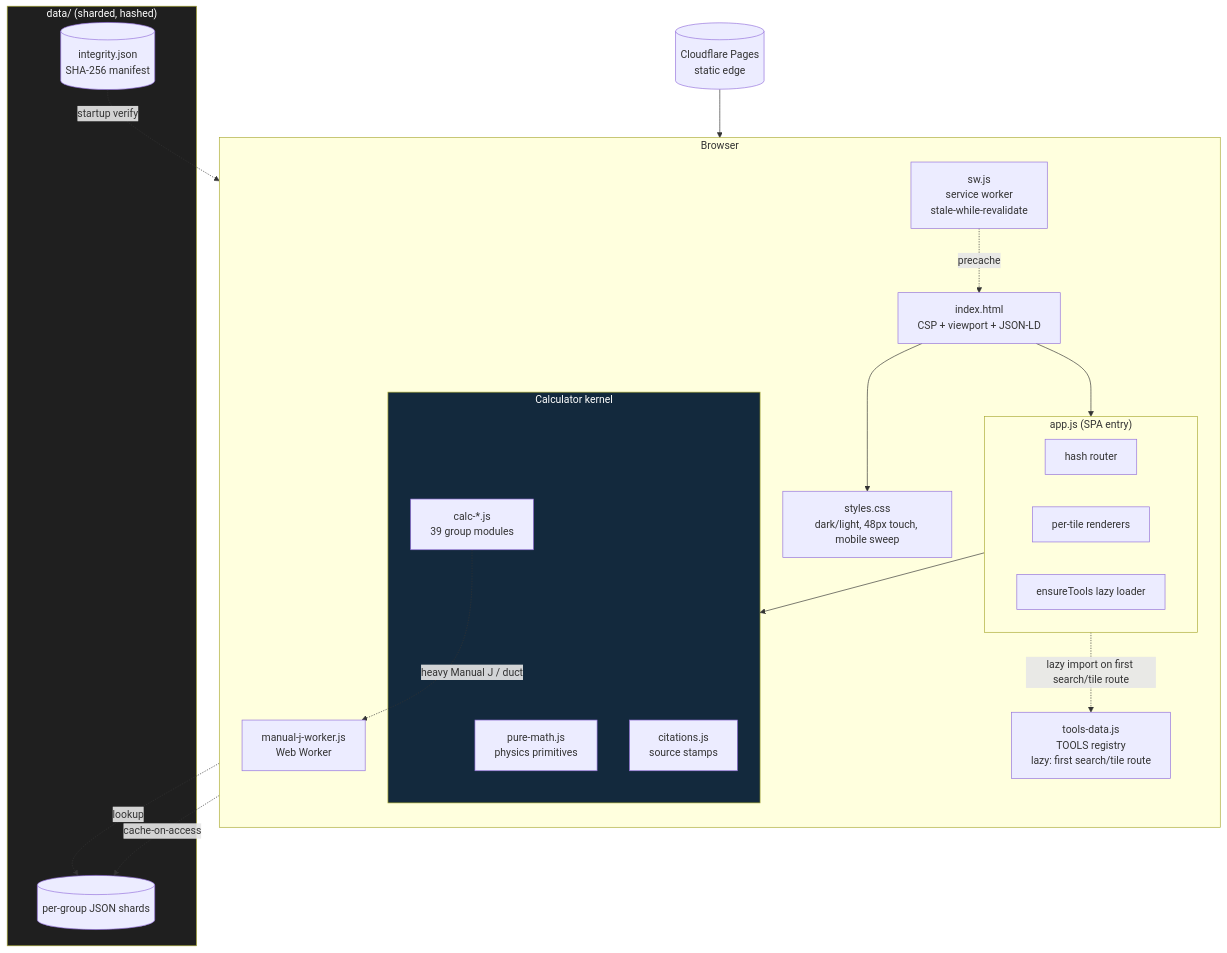
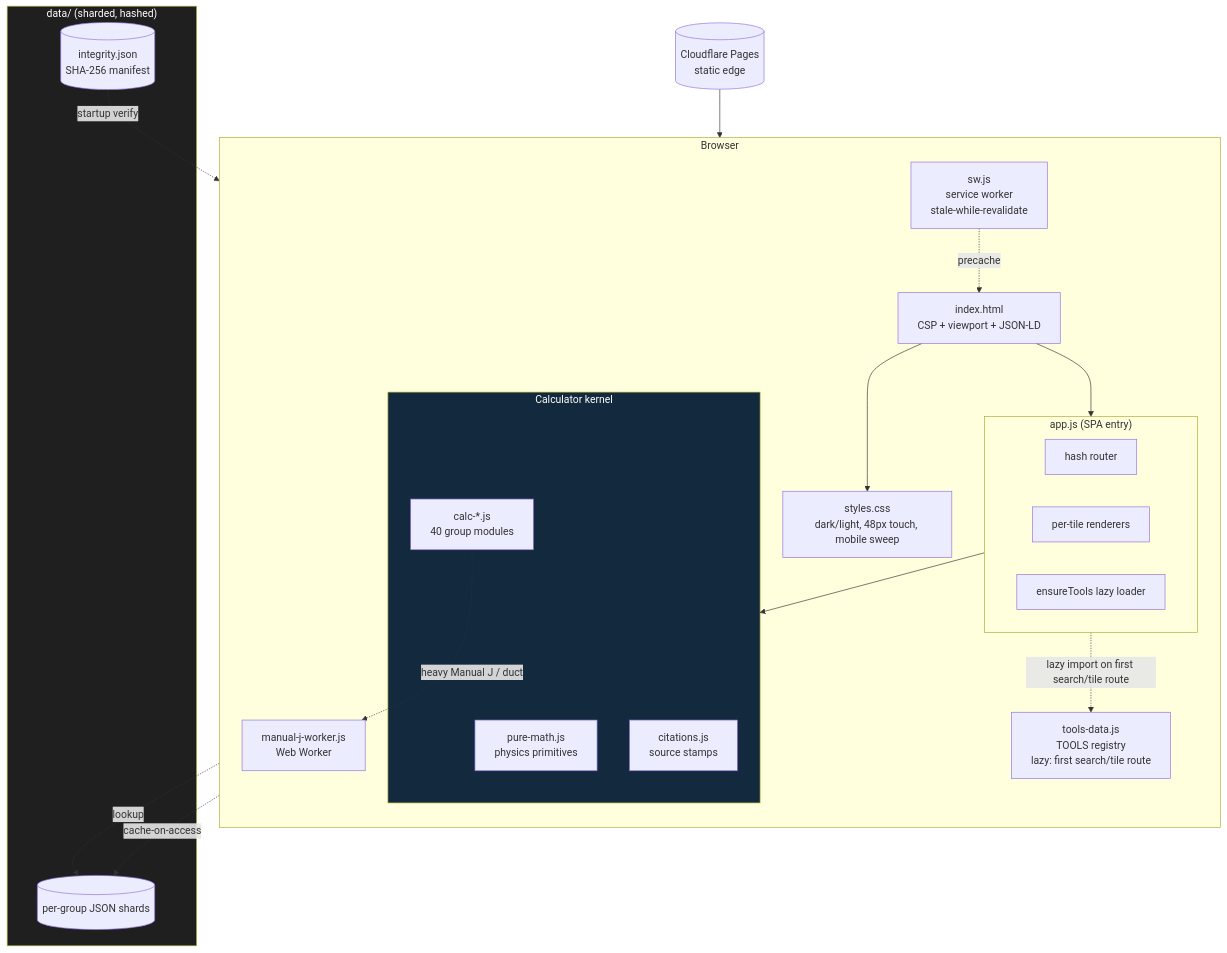
The second of 8 diagrams in README.md (clay-good/roughlogic.com), drawn with Mermaid before and after one commit. The commit also changed other lines of this file and 15 other files, not shown here.

Commit message:
refactor(modules): spec-v77 cap-relief split -- demolition/abatement bench -> new calc-demo.js (0.63.7->0.63.8, catalog holds 624)

````diff
--- a/README.md
+++ b/README.md
@@ -77,39 +77,39 @@
 ```mermaid
 flowchart TB
     subgraph Browser
         direction TB
         HTML[index.html\nCSP + viewport + JSON-LD]
         CSS[styles.css\ndark/light, 48px touch, mobile sweep]
         subgraph App["app.js (SPA entry)"]
             ROUTE[hash router]
             RENDER[per-tile renderers]
             ENSURE[ensureTools lazy loader]
         end
         TOOLS[tools-data.js\nTOOLS registry\nlazy: first search/tile route]
         subgraph Calc["Calculator kernel"]
             PM[pure-math.js\nphysics primitives]
-            CALC[calc-*.js\n39 group modules]
+            CALC[calc-*.js\n40 group modules]
             CIT[citations.js\nsource stamps]
         end
         SW[sw.js\nservice worker\nstale-while-revalidate]
         WORKER[manual-j-worker.js\nWeb Worker]
     end
     subgraph Data["data/ (sharded, hashed)"]
         SHARDS[(per-group JSON shards)]
         INTEG[(integrity.json\nSHA-256 manifest)]
     end
     CDN[(Cloudflare Pages\nstatic edge)]
 
     CDN --> HTML
     HTML --> CSS
     HTML --> App
     App -.lazy import on first search/tile route.-> TOOLS
     App --> Calc
     CALC -.->|heavy Manual J / duct| WORKER
     CALC -.->|lookup| SHARDS
     SW -.precache.-> HTML
     SW -.cache-on-access.-> SHARDS
     INTEG -.startup verify.-> App
     style Calc fill:#13293d,color:#fff
     style Data fill:#1f1f1f,color:#fff
 ```
````
